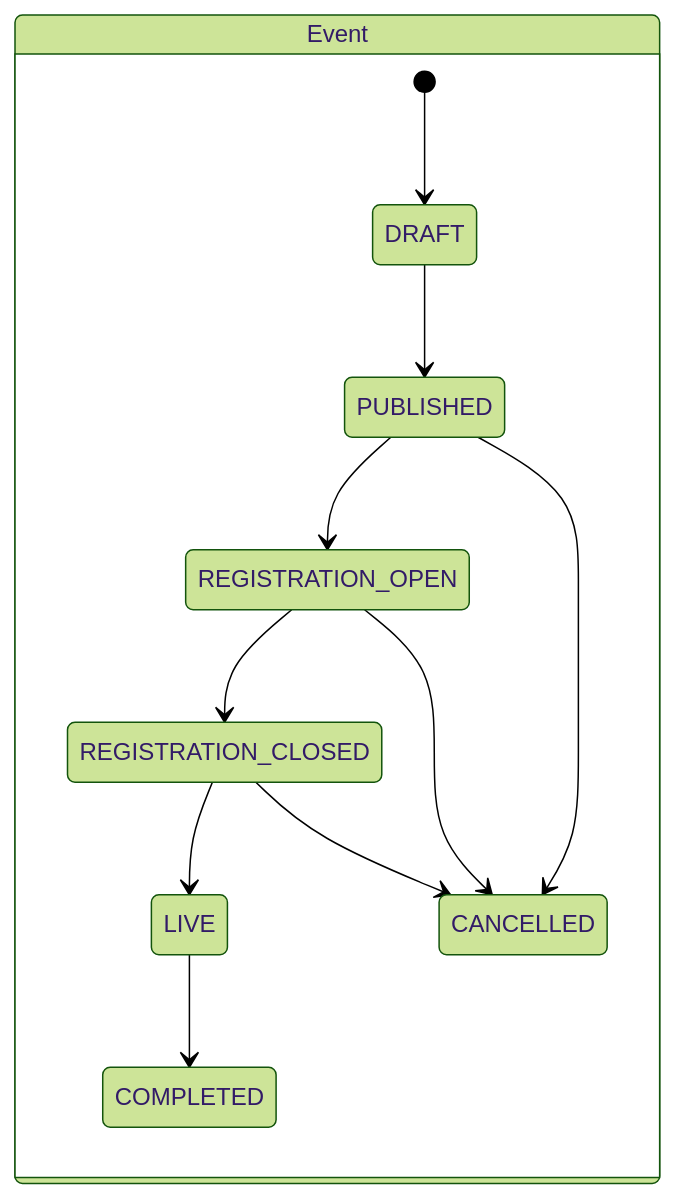
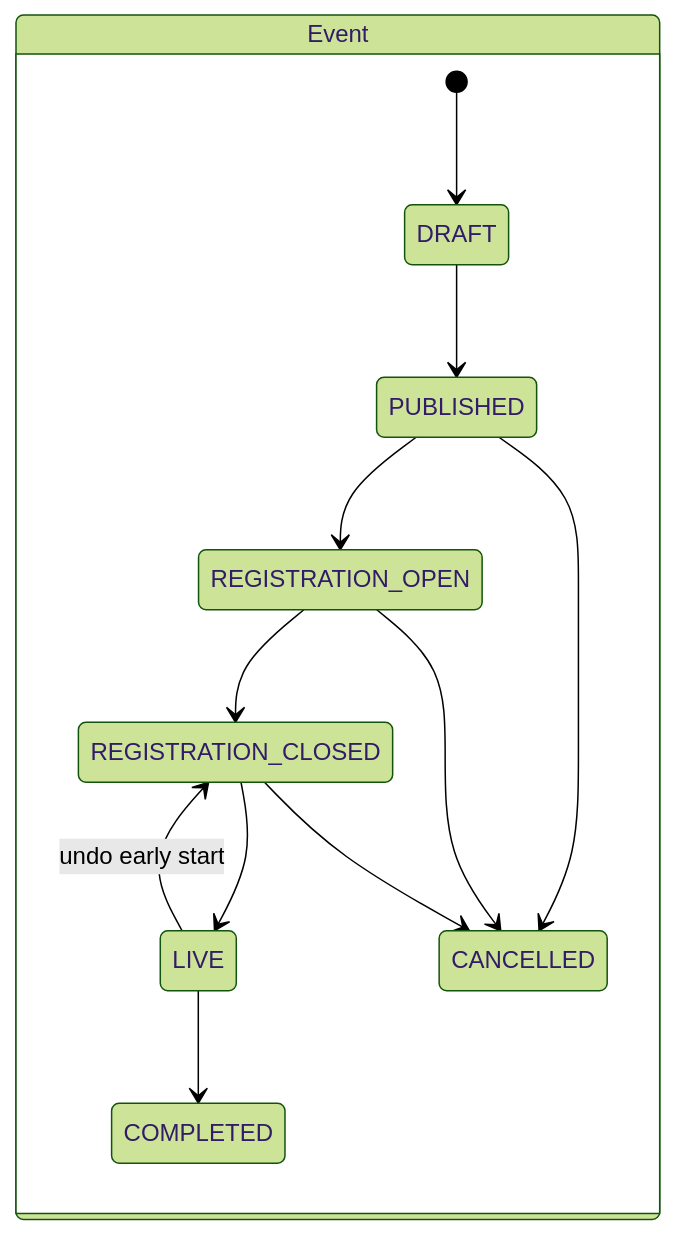
Before and after one commit to harishr-mit/WP-Sem5-Project: the third of 3 diagrams in PROJECT.md, drawn with Mermaid (forest theme). The commit also changed other lines of this file and 135 other files, not shown here.

````diff
--- a/PROJECT.md
+++ b/PROJECT.md
@@ -177,15 +177,16 @@
 ```mermaid
 stateDiagram-v2
     direction LR
     state "Event" as EV {
         [*] --> DRAFT
         DRAFT --> PUBLISHED
         PUBLISHED --> REGISTRATION_OPEN
         REGISTRATION_OPEN --> REGISTRATION_CLOSED
         REGISTRATION_CLOSED --> LIVE
         LIVE --> COMPLETED
+        LIVE --> REGISTRATION_CLOSED: undo early start
         PUBLISHED --> CANCELLED
         REGISTRATION_OPEN --> CANCELLED
         REGISTRATION_CLOSED --> CANCELLED
     }
 ```
````
